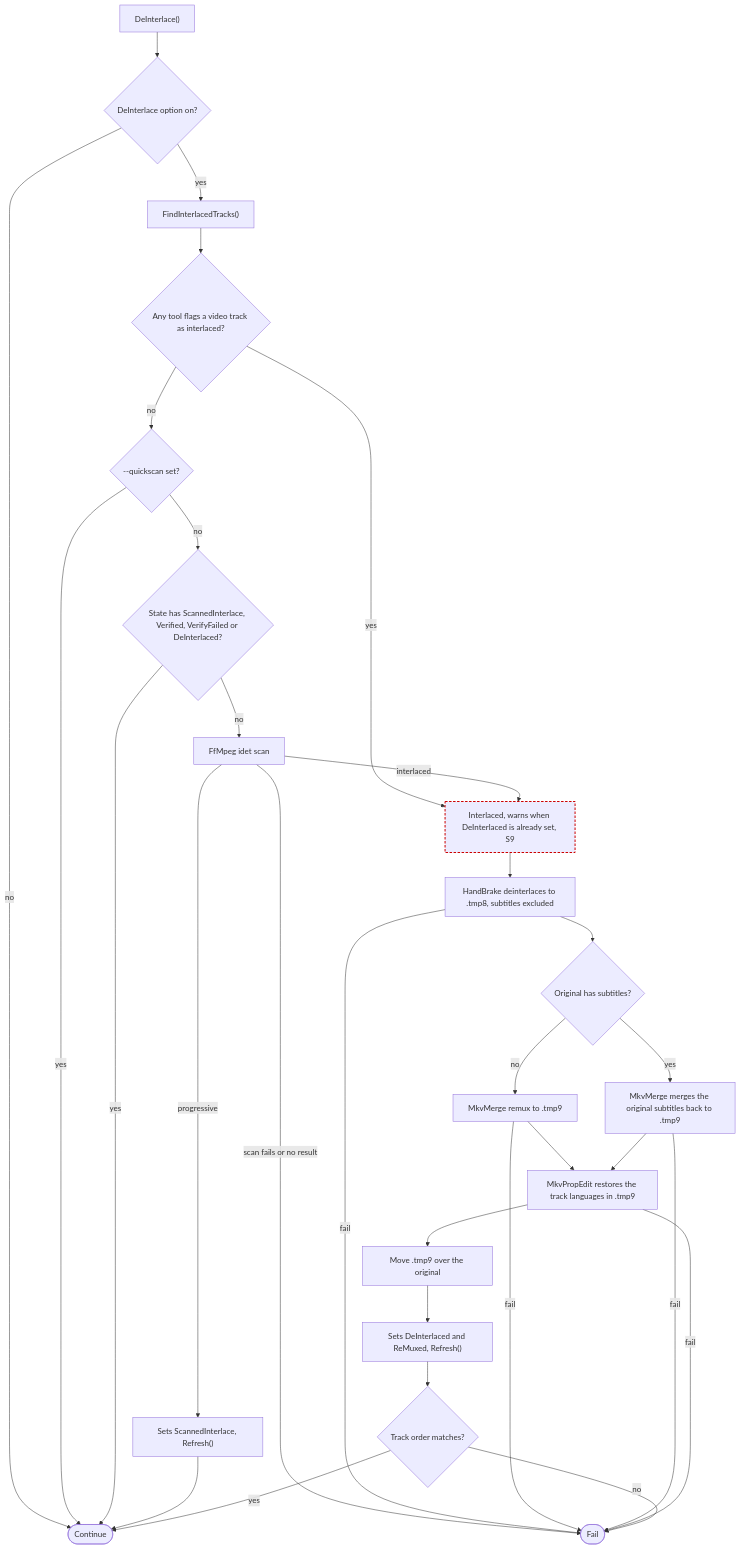
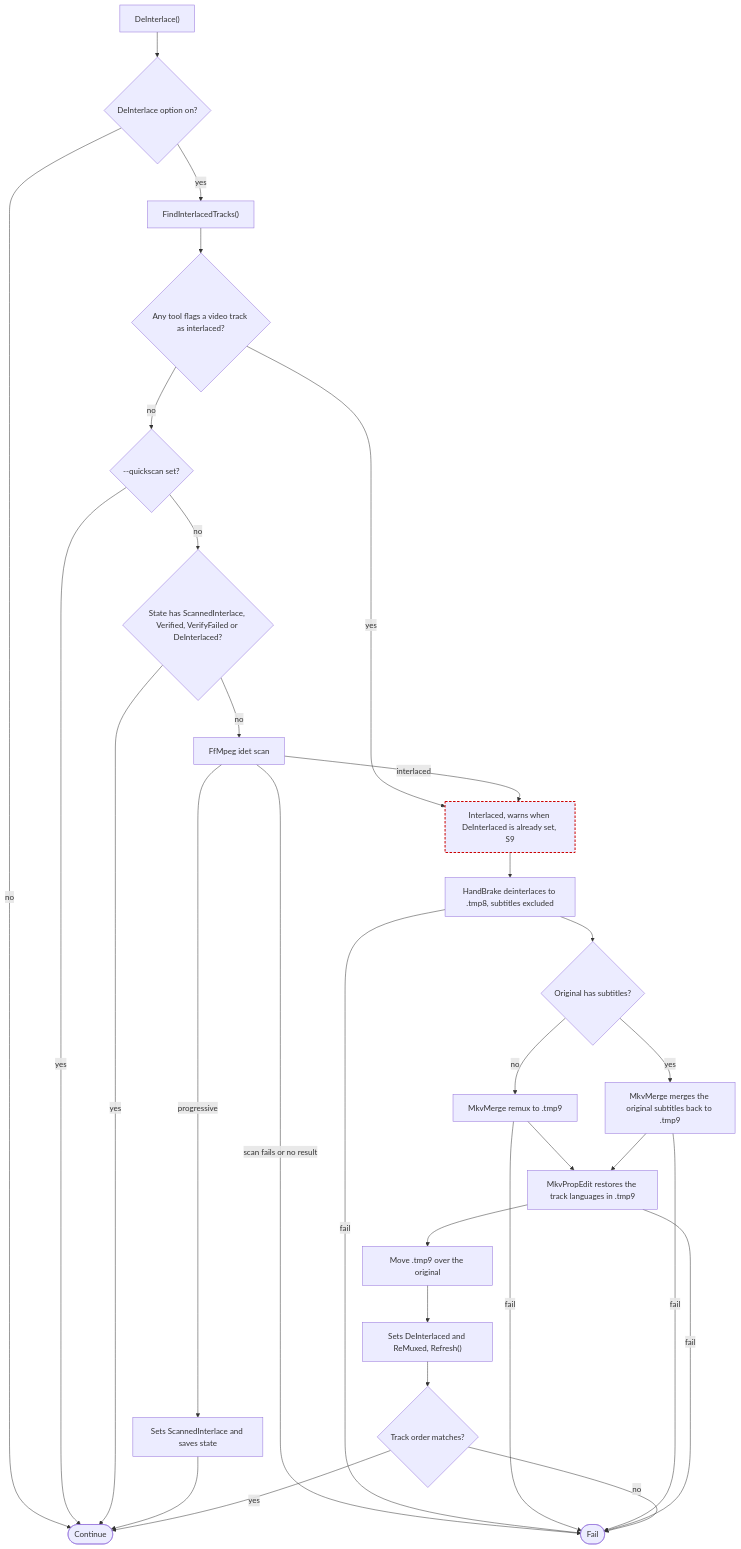
One commit to ptr727/PlexCleaner changed the eighth of 11 diagrams in ARCHITECTURE.md. Above: the diagram before and after it, drawn with Mermaid. The commit also changed other lines of this file and 2 other files, not shown here.

````diff
--- a/ARCHITECTURE.md
+++ b/ARCHITECTURE.md
@@ -545,33 +545,33 @@
 ```mermaid
 flowchart TD
   A0["DeInterlace()"] --> A1{"DeInterlace option on?"}
   A1 -->|no| AOK(["Continue"])
   A1 -->|yes| F0["FindInterlacedTracks()"]
   F0 --> F1{"Any tool flags a video track as interlaced?"}
   F1 -->|yes| FOUND
   F1 -->|no| F2{"--quickscan set?"}
   F2 -->|yes| AOK
   F2 -->|no| F3{"State has ScannedInterlace, Verified, VerifyFailed or DeInterlaced?"}
   F3 -->|yes| AOK
   F3 -->|no| F4["FfMpeg idet scan"]
   F4 -->|"scan fails or no result"| FAIL(["Fail"])
-  F4 -->|progressive| F5["Sets ScannedInterlace, Refresh()"]
+  F4 -->|progressive| F5["Sets ScannedInterlace and saves state"]
   F5 --> AOK
   F4 -->|interlaced| FOUND["Interlaced, warns when DeInterlaced is already set, S9"]:::suspect
   FOUND --> D1["HandBrake deinterlaces to .tmp8, subtitles excluded"]
   D1 -->|fail| FAIL
   D1 --> D2{"Original has subtitles?"}
   D2 -->|no| D3["MkvMerge remux to .tmp9"]
   D2 -->|yes| D4["MkvMerge merges the original subtitles back to .tmp9"]
   D3 -->|fail| FAIL
   D4 -->|fail| FAIL
   D3 --> D5["MkvPropEdit restores the track languages in .tmp9"]
   D4 --> D5
   D5 -->|fail| FAIL
   D5 --> D6["Move .tmp9 over the original"]
   D6 --> D7["Sets DeInterlaced and ReMuxed, Refresh()"]
   D7 --> D8{"Track order matches?"}
   D8 -->|no| FAIL
   D8 -->|yes| AOK
   classDef suspect stroke:#c00,stroke-width:2px,stroke-dasharray:5 3
 ```
````
